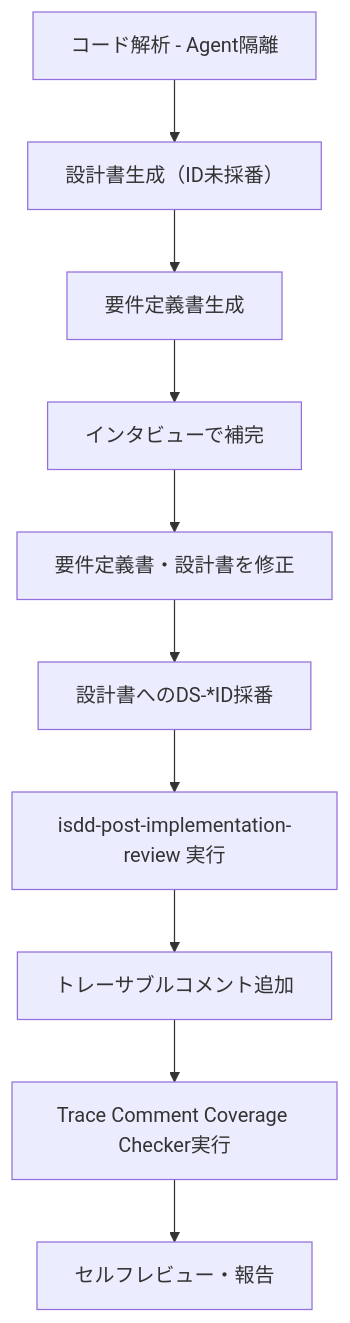
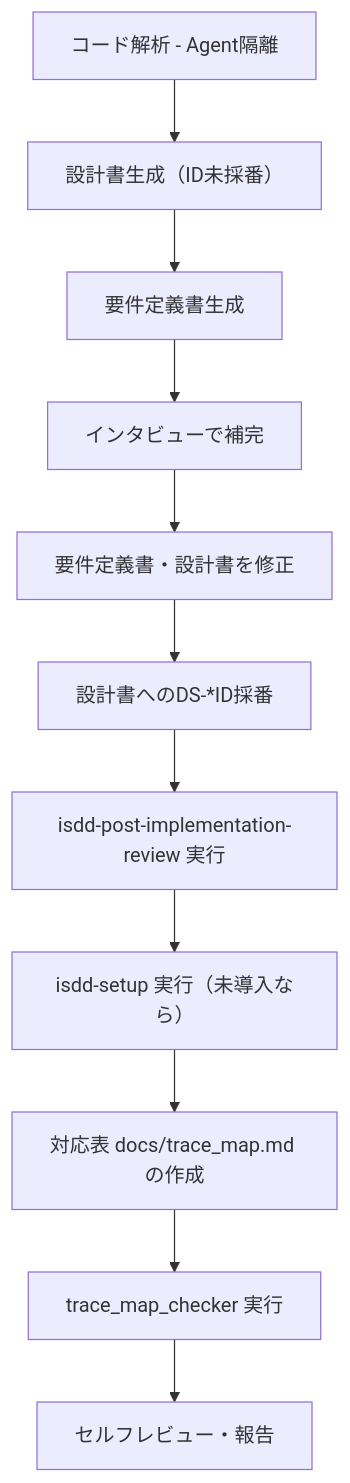
One commit to notfolder/isdd changed the diagram in skills/isdd-reverse-engineering/SKILL.md. Above: the diagram before and after it, drawn with Mermaid. The commit also changed other lines of this file and 72 other files, not shown here.

````diff
--- a/skills/isdd-reverse-engineering/SKILL.md
+++ b/skills/isdd-reverse-engineering/SKILL.md
@@ -58,12 +57,13 @@
 ```mermaid
 graph TD
     A[コード解析 - Agent隔離] --> B[設計書生成（ID未採番）]
     B --> C[要件定義書生成]
     C --> D[インタビューで補完]
     D --> E[要件定義書・設計書を修正]
     E --> F[設計書へのDS-*ID採番]
-  F --> F2["isdd-post-implementation-review 実行"]
-  F2 --> G[トレーサブルコメント追加]
-    G --> G2["Trace Comment Coverage Checker実行"]
+    F --> F2["isdd-post-implementation-review 実行"]
+    F2 --> G0["isdd-setup 実行（未導入なら）"]
+    G0 --> G[対応表 docs/trace_map.md の作成]
+    G --> G2["trace_map_checker 実行"]
     G2 --> H[セルフレビュー・報告]
 ```
````
